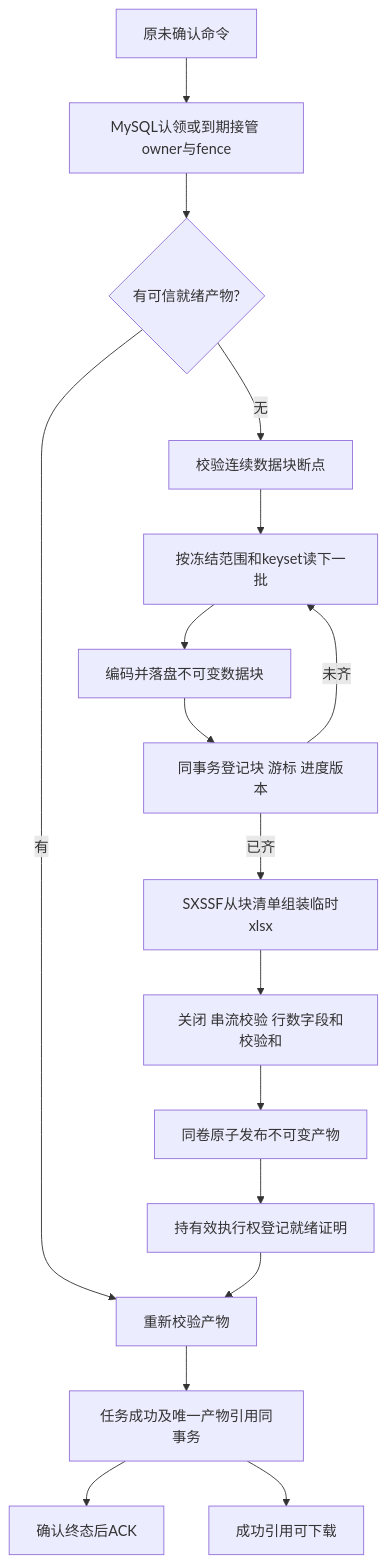
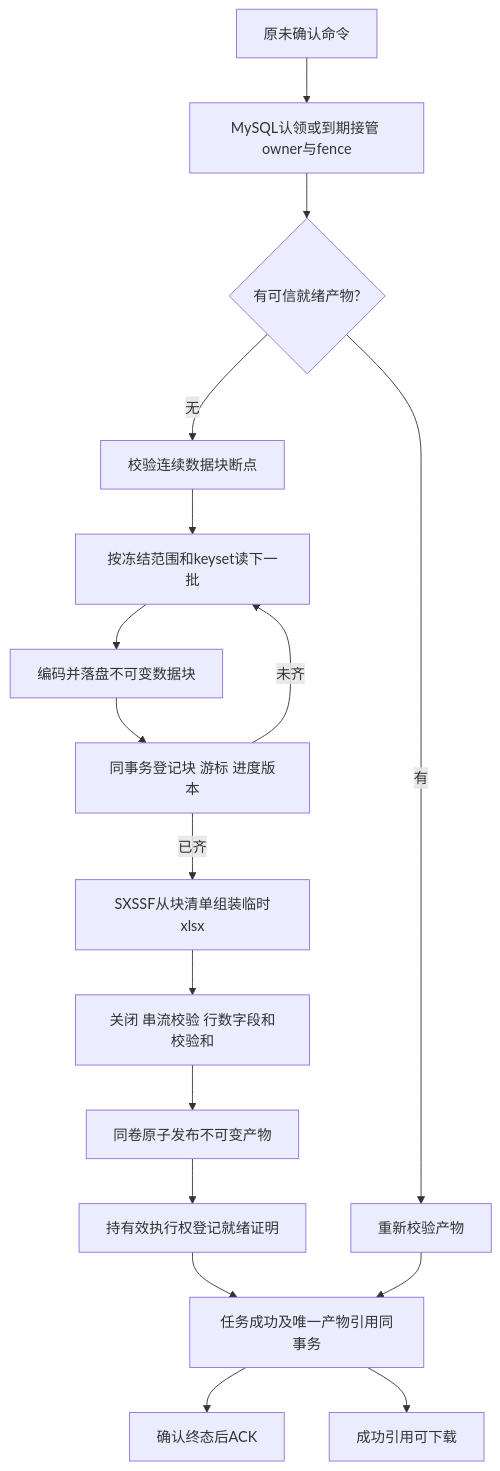
Before and after one commit to yxyxy666/export-flow: the diagram in specs/002-order-management/excel-design.md, drawn with Mermaid. The commit also changed other lines of this file and 15 other files, not shown here.

````diff
--- a/specs/002-order-management/excel-design.md
+++ b/specs/002-order-management/excel-design.md
@@ -31,19 +31,19 @@
 ```mermaid
 flowchart TD
   MSG[原未确认命令] --> CLAIM[MySQL认领或到期接管 owner与fence]
   CLAIM --> READY{有可信就绪产物?}
   READY -->|有| CHECK[重新校验产物]
   READY -->|无| CP[校验连续数据块断点]
   CP --> READ[按冻结范围和keyset读下一批]
   READ --> BLOCK[编码并落盘不可变数据块]
   BLOCK --> COMMIT[同事务登记块 游标 进度版本]
   COMMIT -->|未齐| READ
   COMMIT -->|已齐| XLSX[SXSSF从块清单组装临时xlsx]
   XLSX --> VERIFY[关闭 串流校验 行数字段和校验和]
   VERIFY --> PUBLISH[同卷原子发布不可变产物]
   PUBLISH --> PROOF[持有效执行权登记就绪证明]
-  PROOF --> CHECK
+  PROOF --> SUCCESS
   CHECK --> SUCCESS[任务成功及唯一产物引用同事务]
   SUCCESS --> ACK[确认终态后ACK]
   SUCCESS --> FILE[成功引用可下载]
 ```
````
